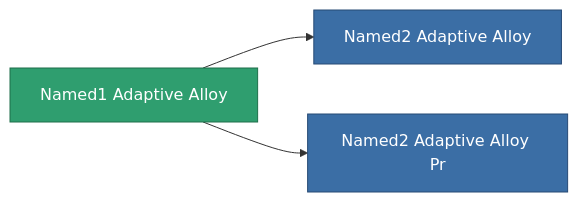
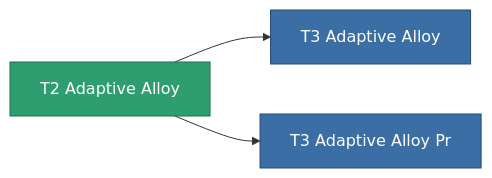
Before and after one commit to OpenPerpetuum/Wiki: the diagram in content/content/items/named1_adaptive_alloy.md, drawn with Mermaid. The commit also changed other lines of this file and 4904 other files, not shown here.

````diff
--- a/content/content/items/named1_adaptive_alloy.md
+++ b/content/content/items/named1_adaptive_alloy.md
@@ -77,13 +51,13 @@
 ```mermaid
 graph LR
-    a["Named1 Adaptive Alloy"]:::current
-    b["Named2 Adaptive Alloy"]:::prod
+    a["T2 Adaptive Alloy"]:::current
+    b["T3 Adaptive Alloy"]:::prod
     a --> b
-    click b "/content/items/named2-adaptive-alloy/" "Named2 Adaptive Alloy"
-    c["Named2 Adaptive Alloy Pr"]:::prod
+    click b "/content/items/named2-adaptive-alloy/" "T3 Adaptive Alloy"
+    c["T3 Adaptive Alloy Pr"]:::prod
     a --> c
-    click c "/content/items/named2-adaptive-alloy-pr/" "Named2 Adaptive Alloy Pr"
+    click c "/content/items/named2-adaptive-alloy-pr/" "T3 Adaptive Alloy Pr"
     classDef current fill:#2f9e6f,stroke:#1f6f4a,color:#ffffff
     classDef prod fill:#3b6ea5,stroke:#274a75,color:#ffffff
     classDef more fill:#39445a,stroke:#54658a,color:#d5dbe8
 ```
````
